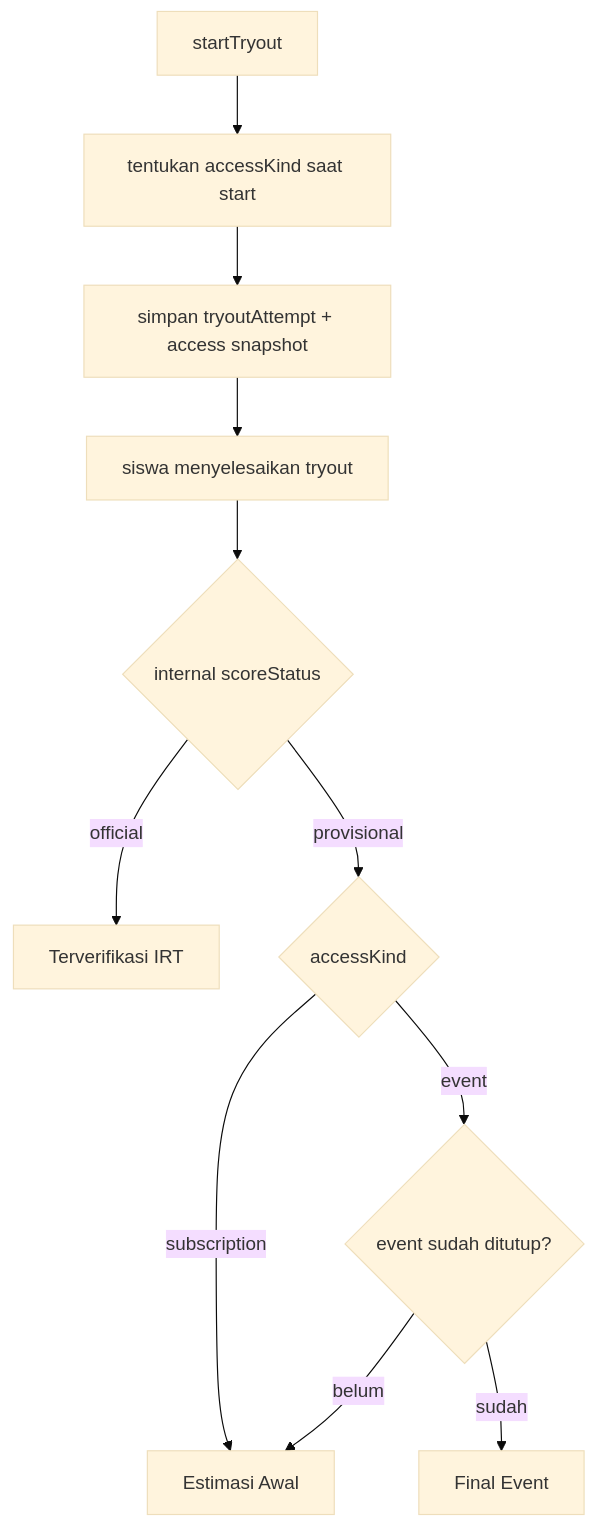
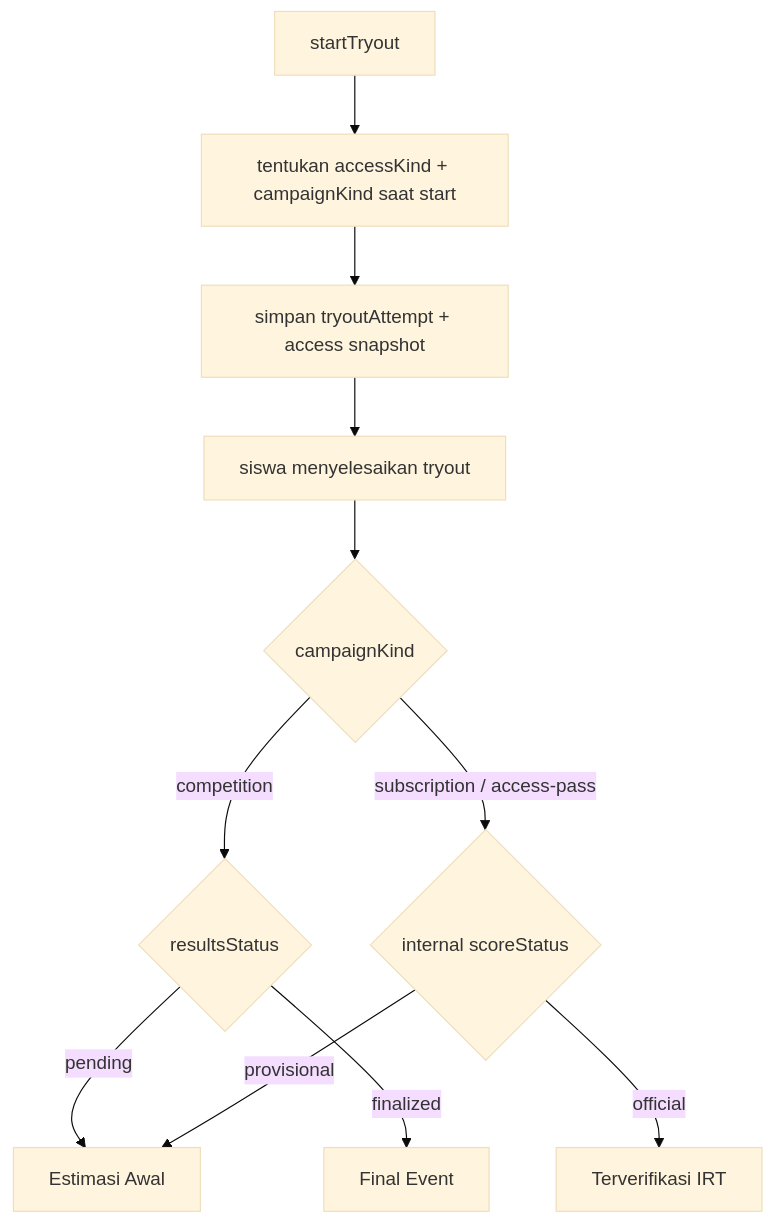
The diagram in packages/backend/convex/tryouts/docs/PRODUCT_POLICY.id.md (nakafaai/nakafa.com), drawn with Mermaid (base theme) before and after one commit. The commit also changed other lines of this file and 33 other files, not shown here.

````diff
--- a/packages/backend/convex/tryouts/docs/PRODUCT_POLICY.id.md
+++ b/packages/backend/convex/tryouts/docs/PRODUCT_POLICY.id.md
@@ -116,13 +157,13 @@
 ```mermaid
 flowchart TD
-    A[startTryout] --> B[tentukan accessKind saat start]
+    A[startTryout] --> B[tentukan accessKind + campaignKind saat start]
     B --> C[simpan tryoutAttempt + access snapshot]
     C --> D[siswa menyelesaikan tryout]
-    D --> E{internal scoreStatus}
-    E -- official --> F[Terverifikasi IRT]
-    E -- provisional --> G{accessKind}
-    G -- subscription --> H[Estimasi Awal]
-    G -- event --> I{event sudah ditutup?}
-    I -- belum --> H
-    I -- sudah --> J[Final Event]
+    D --> E{campaignKind}
+    E -- competition --> F{resultsStatus}
+    F -- pending --> G[Estimasi Awal]
+    F -- finalized --> H[Final Event]
+    E -- subscription / access-pass --> I{internal scoreStatus}
+    I -- provisional --> G
+    I -- official --> J[Terverifikasi IRT]
 ```
````
